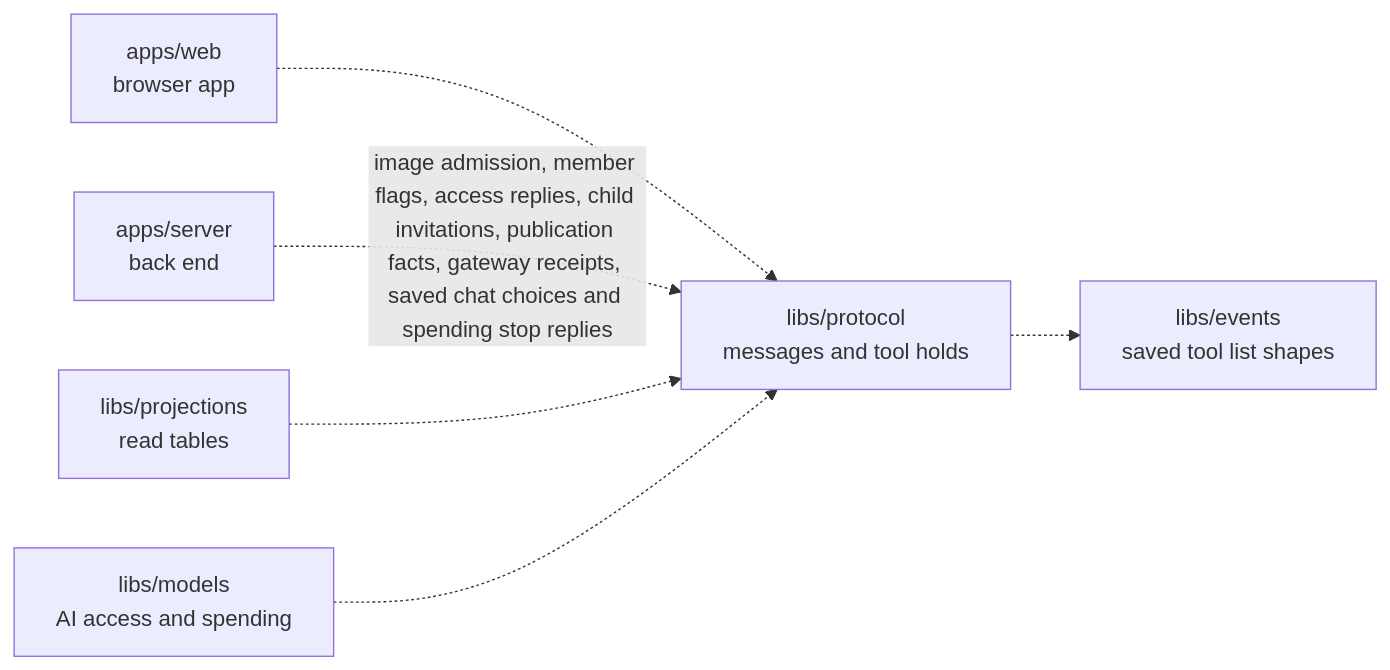
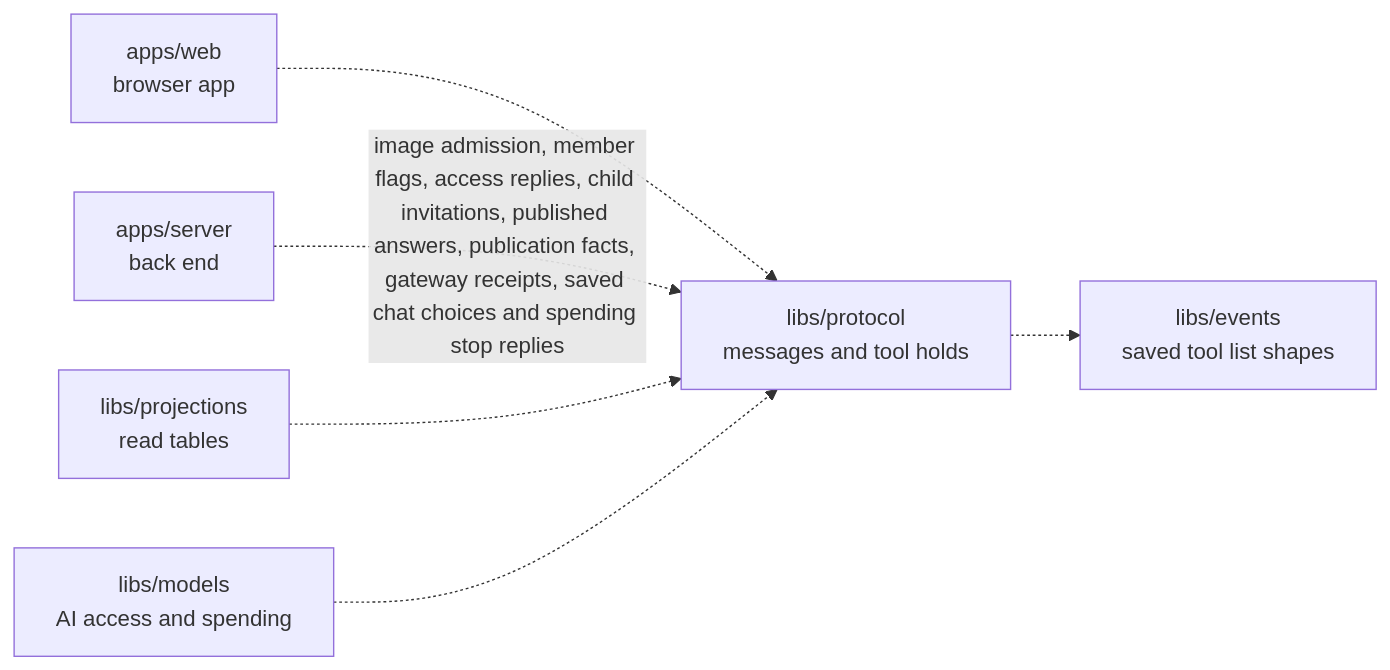
One commit to elewa-git/opencrane-new changed the diagram in libs/protocol/README.md. Above: the diagram before and after it, drawn with Mermaid. The commit also changed other lines of this file and 16 other files, not shown here.

Commit message:
🧵 Publish reviewed final child answers to their parent chat

````diff
--- a/libs/protocol/README.md
+++ b/libs/protocol/README.md
@@ -11,8 +11,8 @@
 ```mermaid
 flowchart LR
   web["apps/web<br/>browser app"] -.-> protocol["libs/protocol<br/>messages and tool holds"]
-  server["apps/server<br/>back end"] -.->|image admission, member flags, access replies, child invitations, publication facts, gateway receipts, saved chat choices and spending stop replies| protocol
+  server["apps/server<br/>back end"] -.->|image admission, member flags, access replies, child invitations, published answers, publication facts, gateway receipts, saved chat choices and spending stop replies| protocol
   projections["libs/projections<br/>read tables"] -.-> protocol
   models["libs/models<br/>AI access and spending"] -.-> protocol
   protocol -.-> events["libs/events<br/>saved tool list shapes"]
 ```
````
